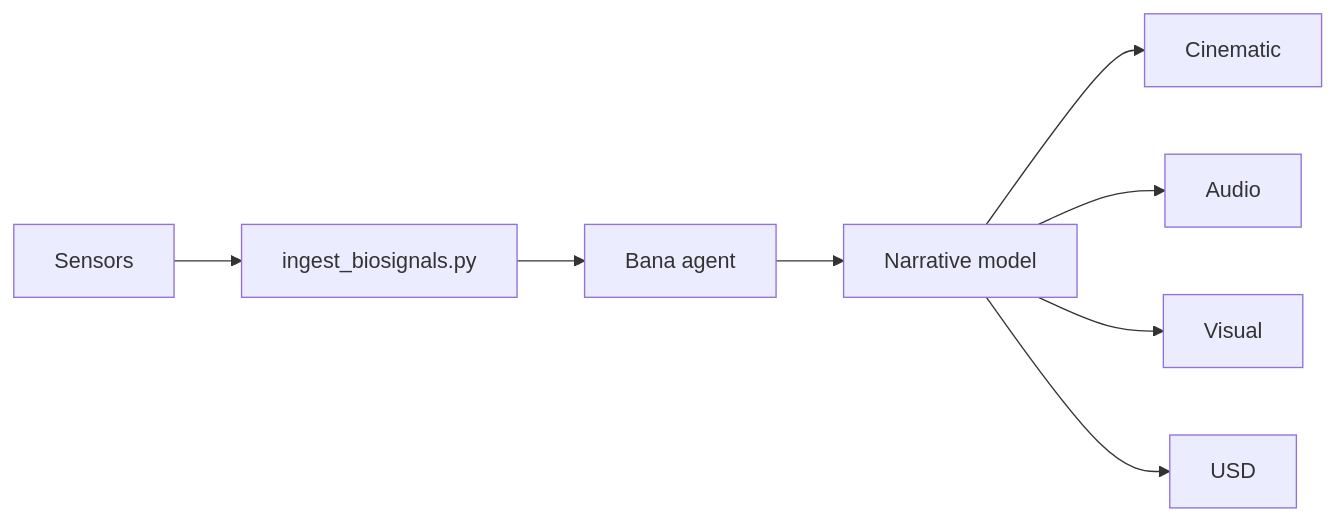
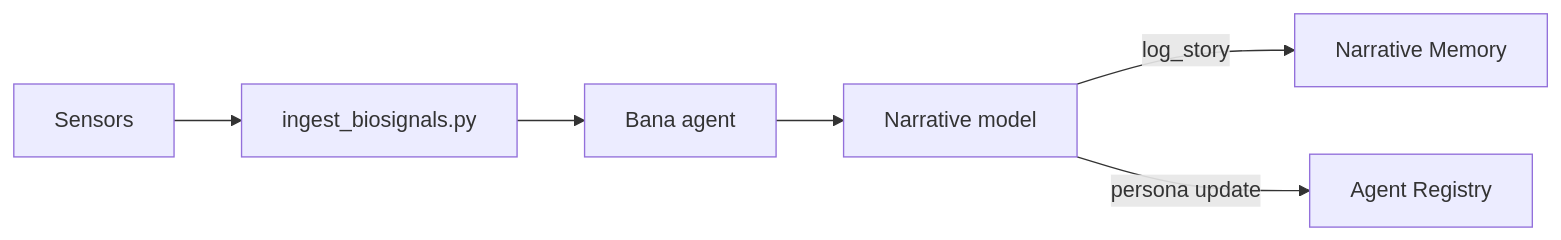
Before and after one commit to DINGIRABZU/ABZU: the diagram in docs/nazarick_narrative_system.md, drawn with Mermaid. The commit also changed other lines of this file and 2 other files, not shown here.

Commit message:
Document Nazarick narrative mapping

````diff
--- a/docs/nazarick_narrative_system.md
+++ b/docs/nazarick_narrative_system.md
@@ -6,10 +10,8 @@
 ```mermaid
 flowchart LR
     S[Sensors] --> I[ingest_biosignals.py]
     I --> B[Bana agent]
     B --> M[Narrative model]
-    M --> C[Cinematic]
-    M --> A[Audio]
-    M --> V[Visual]
-    M --> U[USD]
+    M -->|log_story| N[Narrative Memory]
+    M -->|persona update| A[Agent Registry]
 ```
````
